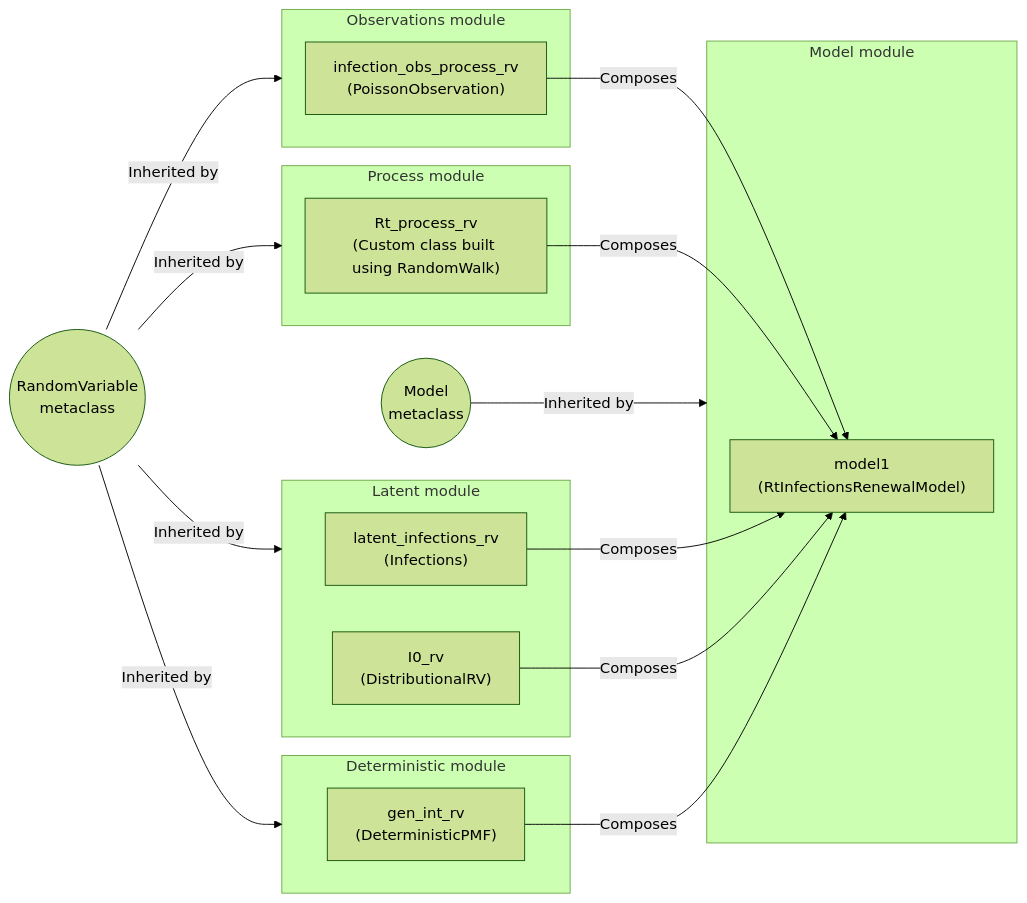
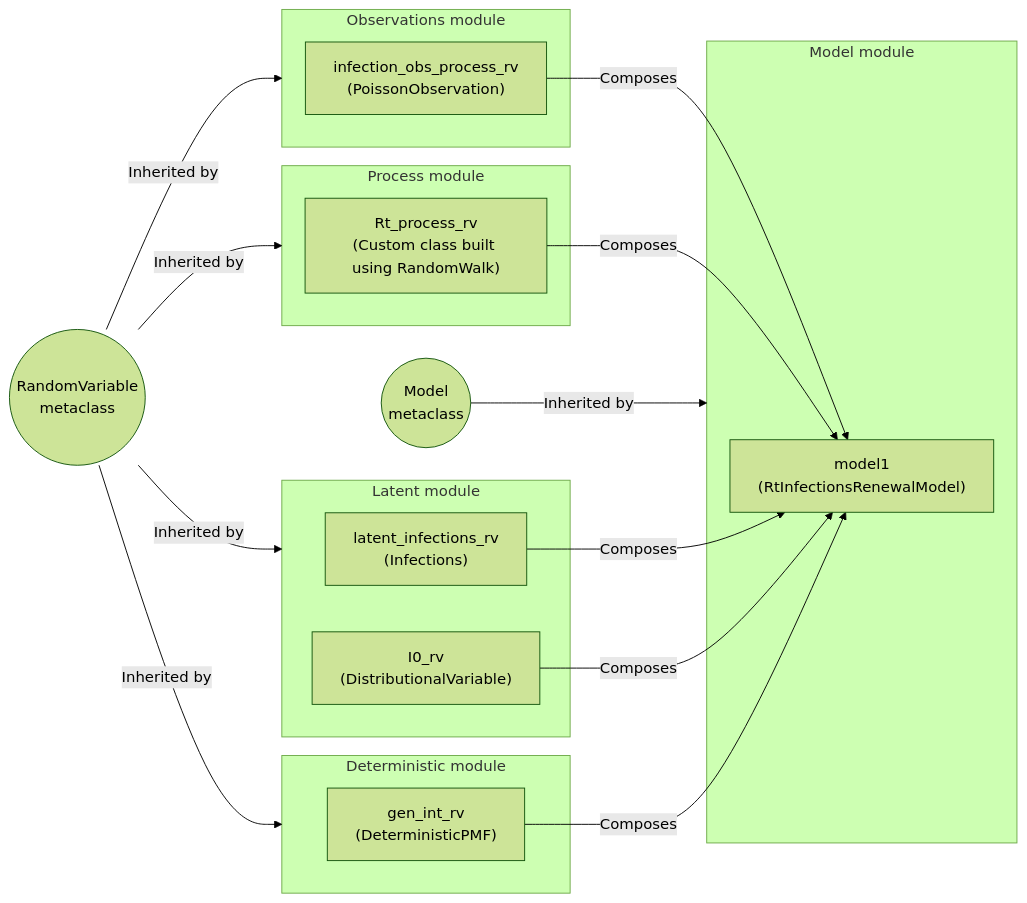
The first of 2 diagrams in docs/source/tutorials/basic_renewal_model.qmd (CDCgov/PyRenew), drawn with Mermaid (forest theme) before and after one commit. The commit also changed other lines of this file and 21 other files, not shown here.

````diff
--- a/docs/source/tutorials/basic_renewal_model.qmd
+++ b/docs/source/tutorials/basic_renewal_model.qmd
@@ -54,40 +54,40 @@
 ```mermaid
 %%| label: overview-of-RtInfectionsRenewalModel
 %%| include: true
 flowchart LR
     rand((RandomVariable\nmetaclass))
     models((Model\nmetaclass))
 
     subgraph observations[Observations module]
         obs["infection_obs_process_rv\n(PoissonObservation)"]
     end
 
     subgraph latent[Latent module]
         inf["latent_infections_rv\n(Infections)"]
-        i0["I0_rv\n(DistributionalRV)"]
+        i0["I0_rv\n(DistributionalVariable)"]
     end
 
     subgraph process[Process module]
         rt["Rt_process_rv\n(Custom class built using RandomWalk)"]
     end
 
     subgraph deterministic[Deterministic module]
         detpmf["gen_int_rv\n(DeterministicPMF)"]
     end
 
     subgraph model[Model module]
         model1["model1\n(RtInfectionsRenewalModel)"]
     end
 
     rand-->|Inherited by|observations
     rand-->|Inherited by|process
     rand-->|Inherited by|latent
     rand-->|Inherited by|deterministic
     models-->|Inherited by|model
 
     detpmf-->|Composes|model1
     i0-->|Composes|model1
     rt-->|Composes|model1
     obs-->|Composes|model1
     inf-->|Composes|model1
 ```
````
